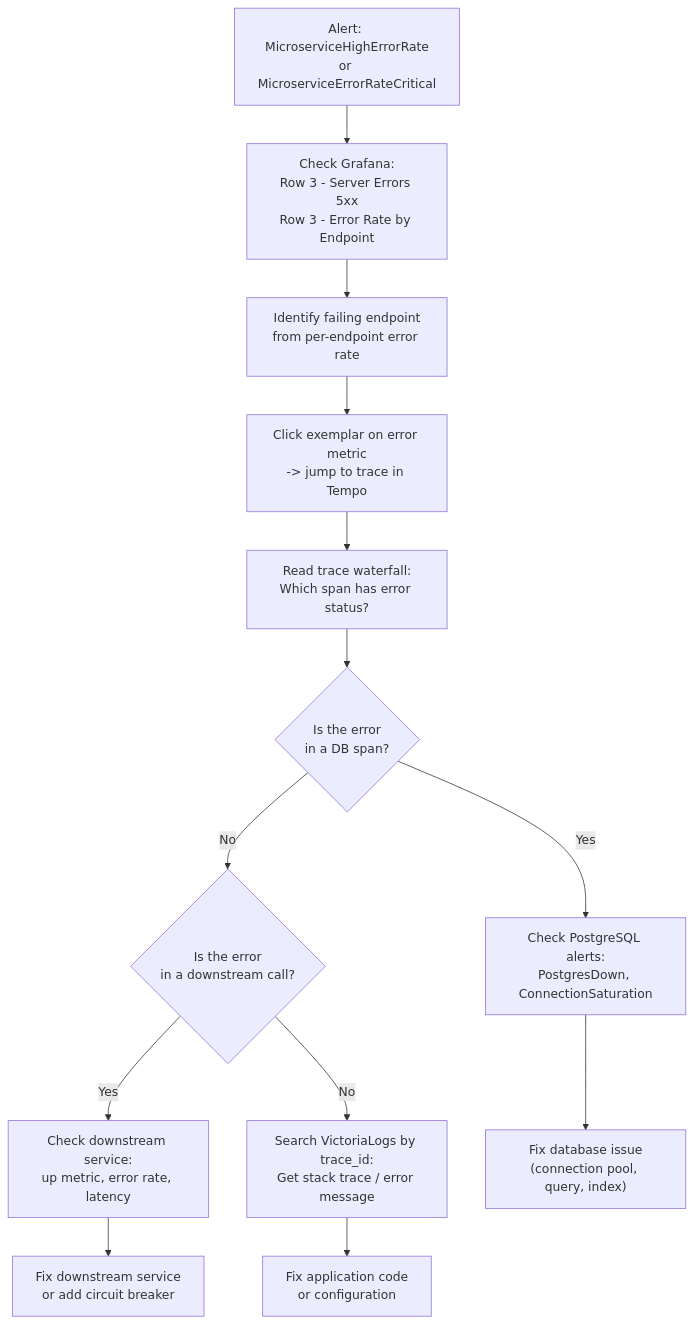
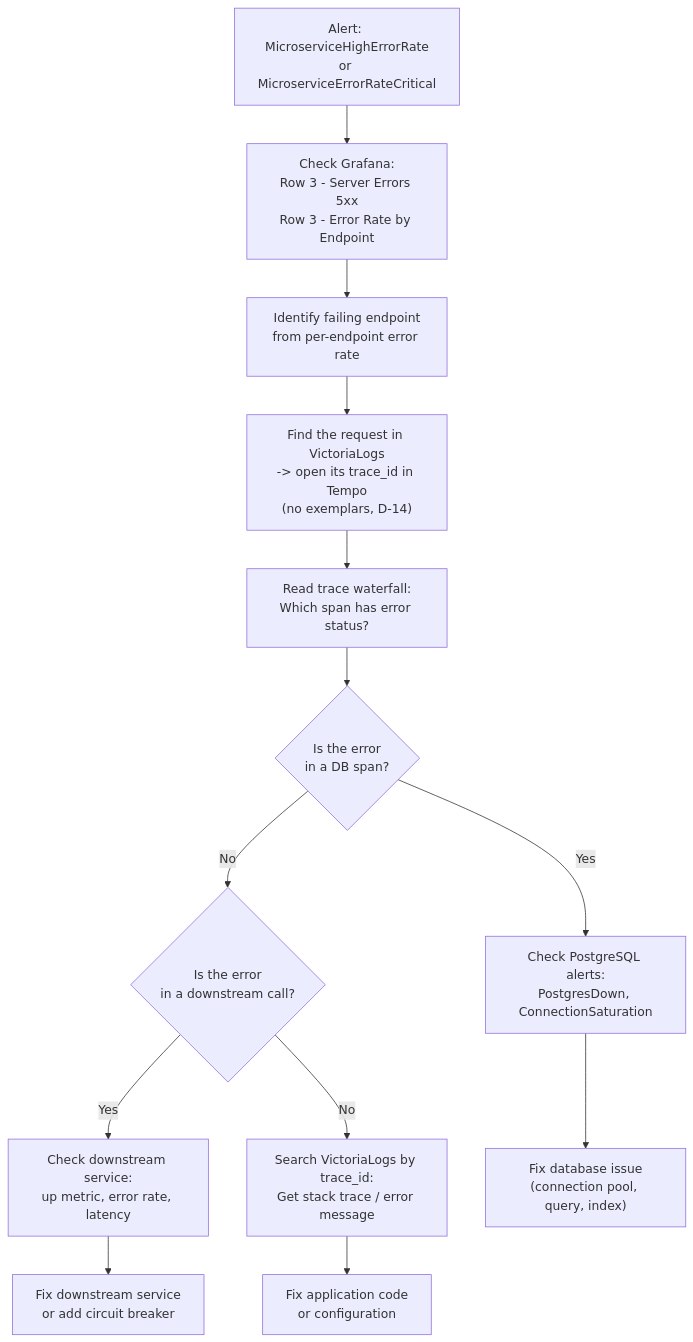
The second of 5 diagrams in docs/observability/runbooks/microservices-alerts.md (duynhlab/homelab), drawn with Mermaid before and after one commit. The commit also changed other lines of this file and 24 other files, not shown here.

````diff
--- a/docs/observability/runbooks/microservices-alerts.md
+++ b/docs/observability/runbooks/microservices-alerts.md
@@ -625,21 +621,21 @@
 ```mermaid
 flowchart TD
     Start["Alert: MicroserviceHighErrorRate\nor MicroserviceErrorRateCritical"] --> CheckDashboard["Check Grafana:\nRow 3 - Server Errors 5xx\nRow 3 - Error Rate by Endpoint"]
 
     CheckDashboard --> IdentifyEndpoint["Identify failing endpoint\nfrom per-endpoint error rate"]
 
-    IdentifyEndpoint --> CheckExemplar["Click exemplar on error metric\n-> jump to trace in Tempo"]
+    IdentifyEndpoint --> CheckExemplar["Find the request in VictoriaLogs\n-> open its trace_id in Tempo\n(no exemplars, D-14)"]
 
     CheckExemplar --> ReadTrace["Read trace waterfall:\nWhich span has error status?"]
 
     ReadTrace --> IsDB{Is the error\nin a DB span?}
     IsDB -->|Yes| CheckPostgres["Check PostgreSQL alerts:\nPostgresDown, ConnectionSaturation"]
     IsDB -->|No| IsDownstream{Is the error\nin a downstream call?}
 
     IsDownstream -->|Yes| CheckDownstream["Check downstream service:\nup metric, error rate, latency"]
     IsDownstream -->|No| CheckLogs["Search VictoriaLogs by trace_id:\nGet stack trace / error message"]
 
     CheckLogs --> FixCode["Fix application code\nor configuration"]
     CheckPostgres --> FixDB["Fix database issue\n(connection pool, query, index)"]
     CheckDownstream --> FixDownstream["Fix downstream service\nor add circuit breaker"]
 ```
````
